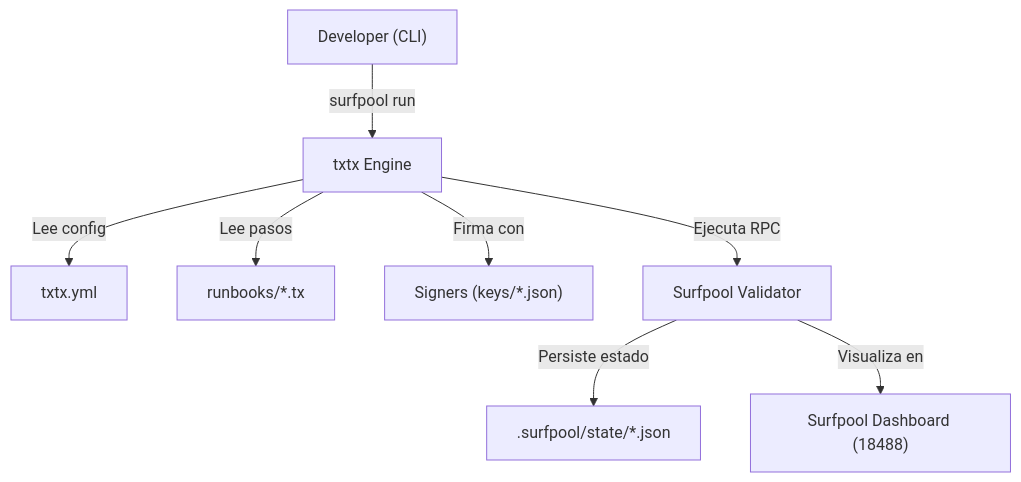
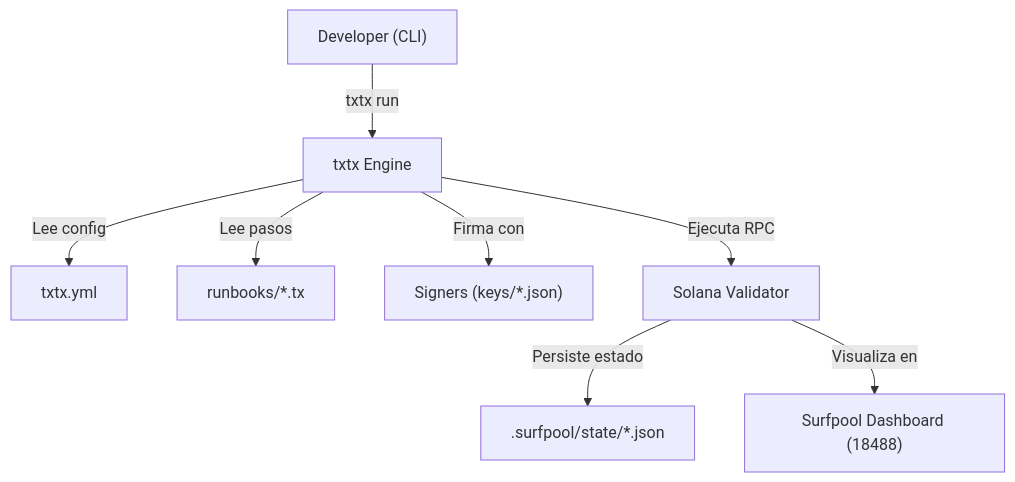
The diagram in docs/SURFPOOL_TXTX.md (87maxi/rwa), drawn with Mermaid before and after one commit. The commit also changed other lines of this file, not shown here.

First line of the commit message:
docs(txtx): comprehensive guide for txtx runbook syntax and SVM addon

````diff
--- a/docs/SURFPOOL_TXTX.md
+++ b/docs/SURFPOOL_TXTX.md
@@ -20,10 +22,10 @@
 ```mermaid
 graph TD
-    A["Developer (CLI)"] -->|surfpool run| B["txtx Engine"]
+    A["Developer (CLI)"] -->|txtx run| B["txtx Engine"]
     B -->|Lee config| C["txtx.yml"]
     B -->|Lee pasos| D["runbooks/*.tx"]
     B -->|Firma con| E["Signers (keys/*.json)"]
-    B -->|Ejecuta RPC| F["Surfpool Validator"]
+    B -->|Ejecuta RPC| F["Solana Validator"]
     F -->|Persiste estado| G[".surfpool/state/*.json"]
     F -->|Visualiza en| H["Surfpool Dashboard (18488)"]
 ```
````
